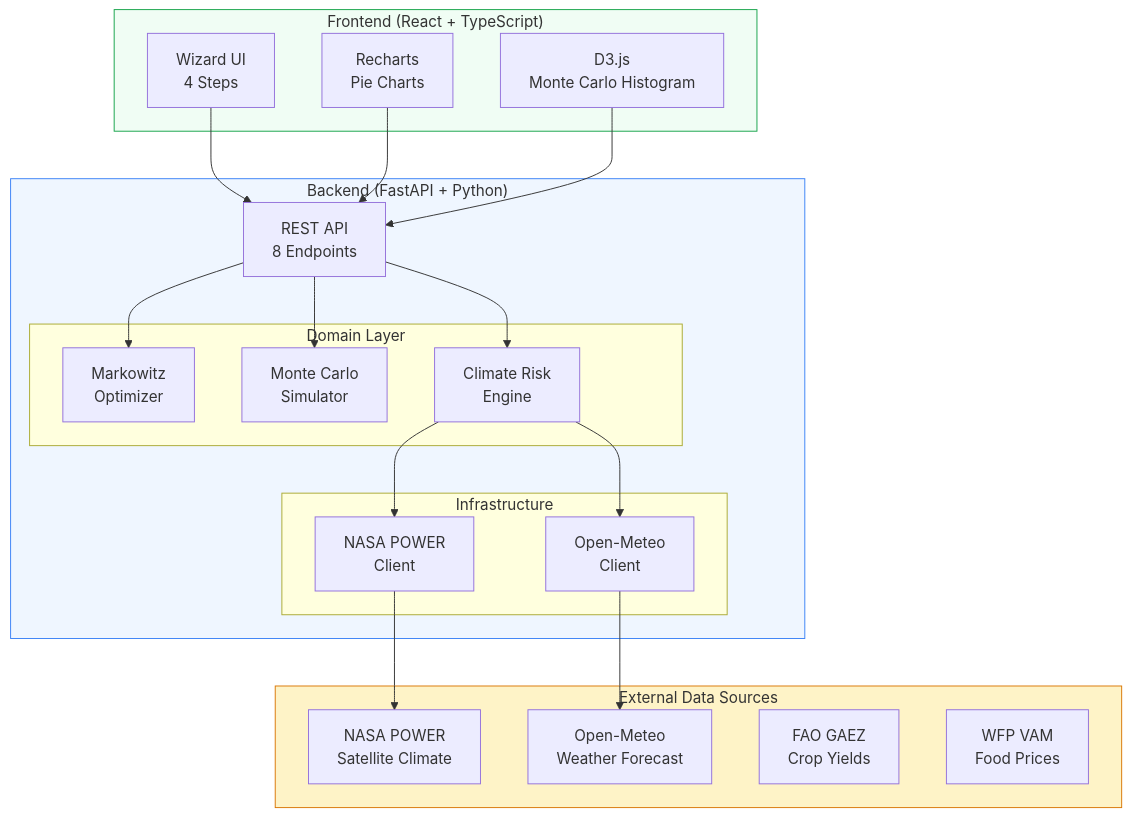
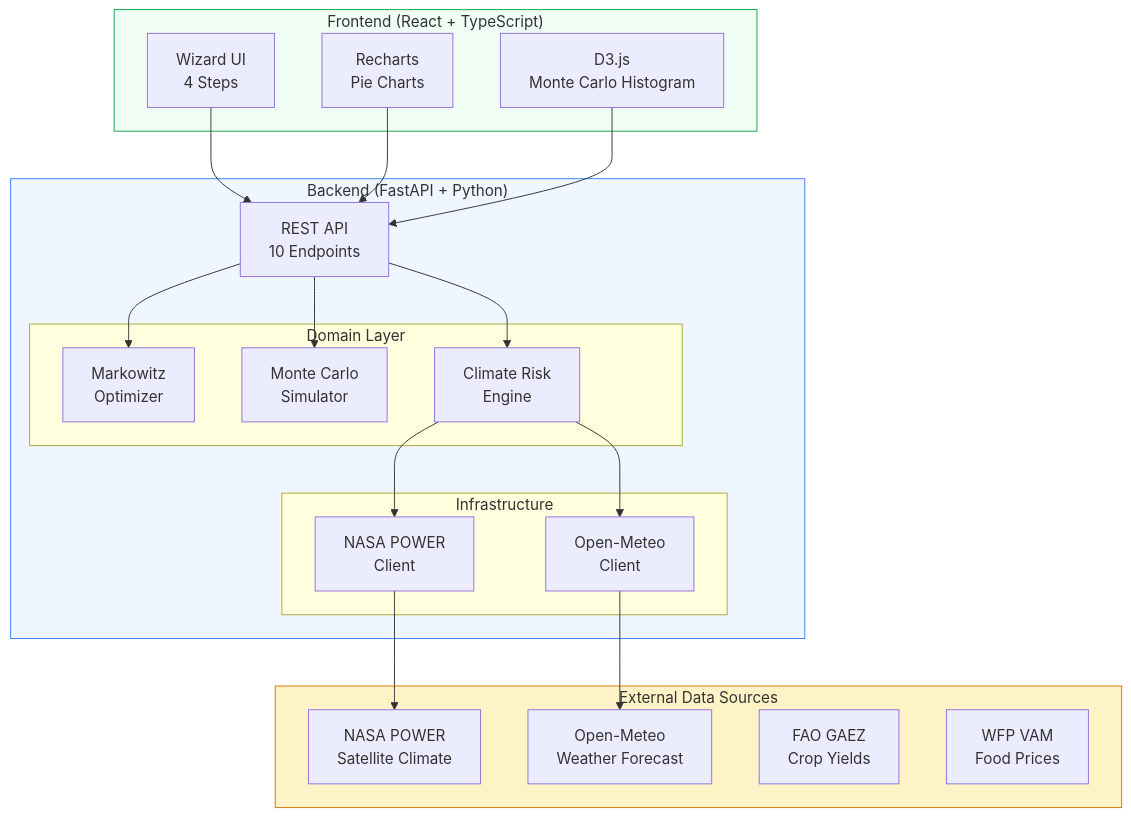
One commit to soneeee22000/CropFolio changed the third of 5 diagrams in README.md. Above: the diagram before and after it, drawn with Mermaid. The commit also changed other lines of this file and 6 other files, not shown here.

````diff
--- a/README.md
+++ b/README.md
@@ -154,43 +154,43 @@
 ```mermaid
 graph TB
     subgraph Frontend["Frontend (React + TypeScript)"]
         UI["Wizard UI\n4 Steps"]
         Charts["Recharts\nPie Charts"]
         D3["D3.js\nMonte Carlo Histogram"]
     end
 
     subgraph Backend["Backend (FastAPI + Python)"]
-        API["REST API\n8 Endpoints"]
+        API["REST API\n10 Endpoints"]
         subgraph Domain["Domain Layer"]
             OPT["Markowitz\nOptimizer"]
             SIM["Monte Carlo\nSimulator"]
             CLM["Climate Risk\nEngine"]
         end
         subgraph Infra["Infrastructure"]
             NASA["NASA POWER\nClient"]
             METEO["Open-Meteo\nClient"]
         end
     end
 
     subgraph Data["External Data Sources"]
         NP["NASA POWER\nSatellite Climate"]
         OM["Open-Meteo\nWeather Forecast"]
         FAO["FAO GAEZ\nCrop Yields"]
         WFP["WFP VAM\nFood Prices"]
     end
 
     UI --> API
     Charts --> API
     D3 --> API
     API --> OPT
     API --> SIM
     API --> CLM
     CLM --> NASA
     CLM --> METEO
     NASA --> NP
     METEO --> OM
 
     style Frontend fill:#f0fdf4,stroke:#16a34a
     style Backend fill:#eff6ff,stroke:#3b82f6
     style Data fill:#fef3c7,stroke:#d97706
 ```
````
